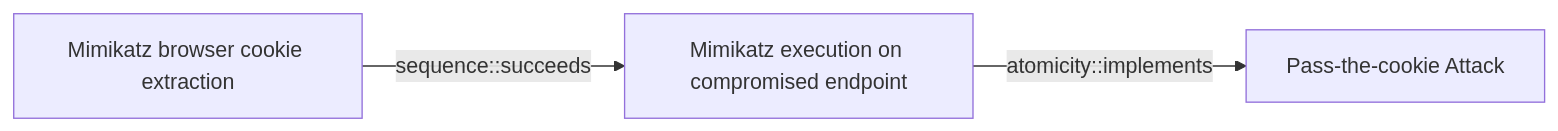
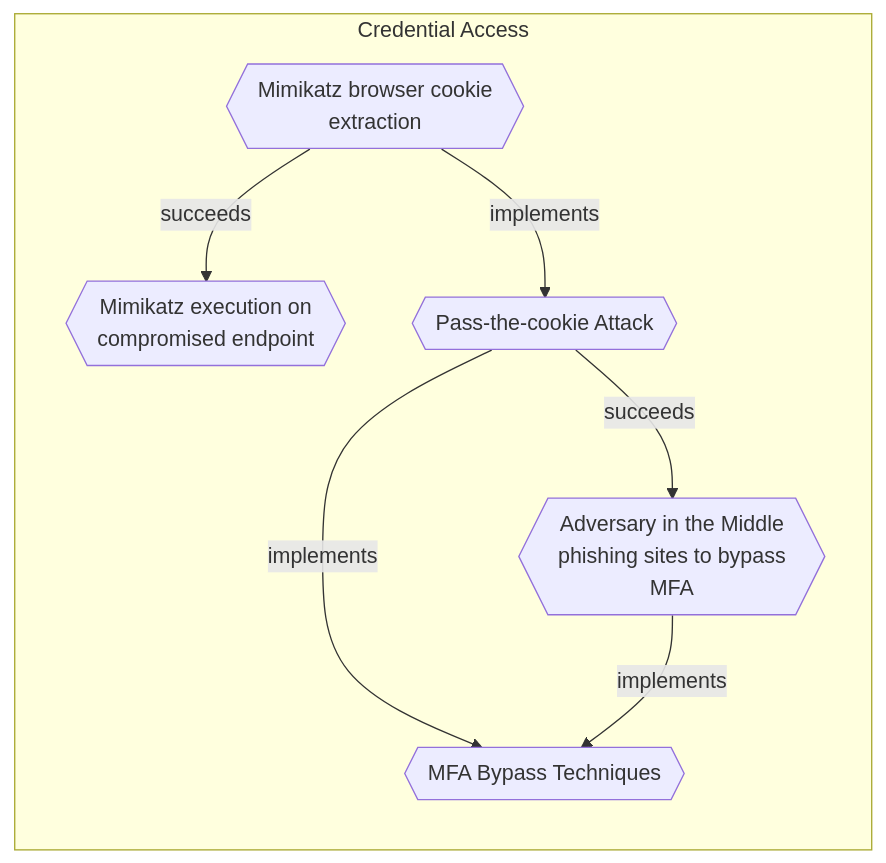
The diagram in docs/threats/mimikatz-browser-cookie-extraction.md (opentidehq/library), drawn with Mermaid before and after one commit. The commit also changed other lines of this file and 540 other files, not shown here.

````diff
--- a/docs/threats/mimikatz-browser-cookie-extraction.md
+++ b/docs/threats/mimikatz-browser-cookie-extraction.md
@@ -93,8 +109,15 @@
 ```mermaid
 flowchart LR
-630f420b_b844_42f1_8be1_d367b3734024["Mimikatz browser cookie extraction"]
-7351e2ca_e198_427c_9cfa_202df36f6e2a["Mimikatz execution on compromised endpoint"]
-b0d6bf74_b204_4a48_9509_4499ed795771["Pass-the-cookie Attack"]
-630f420b_b844_42f1_8be1_d367b3734024 -->|sequence::succeeds| 7351e2ca_e198_427c_9cfa_202df36f6e2a
-7351e2ca_e198_427c_9cfa_202df36f6e2a -->|atomicity::implements| b0d6bf74_b204_4a48_9509_4499ed795771
+subgraph "Credential Access"
+630f420b_b844_42f1_8be1_d367b3734024{{"Mimikatz browser cookie<br>extraction"}}
+7351e2ca_e198_427c_9cfa_202df36f6e2a{{"Mimikatz execution on<br>compromised endpoint"}}
+b0d6bf74_b204_4a48_9509_4499ed795771{{"Pass-the-cookie Attack"}}
+66aafb61_9a46_4287_8b40_4785b42b77a3{{"Adversary in the Middle<br>phishing sites to bypass<br>MFA"}}
+4a807ac4_f764_41b1_ae6f_94239041d349{{"MFA Bypass Techniques"}}
+end
+630f420b_b844_42f1_8be1_d367b3734024 -->|succeeds| 7351e2ca_e198_427c_9cfa_202df36f6e2a
+630f420b_b844_42f1_8be1_d367b3734024 -->|implements| b0d6bf74_b204_4a48_9509_4499ed795771
+b0d6bf74_b204_4a48_9509_4499ed795771 -->|succeeds| 66aafb61_9a46_4287_8b40_4785b42b77a3
+b0d6bf74_b204_4a48_9509_4499ed795771 -->|implements| 4a807ac4_f764_41b1_ae6f_94239041d349
+66aafb61_9a46_4287_8b40_4785b42b77a3 -->|implements| 4a807ac4_f764_41b1_ae6f_94239041d349
 ```
````
